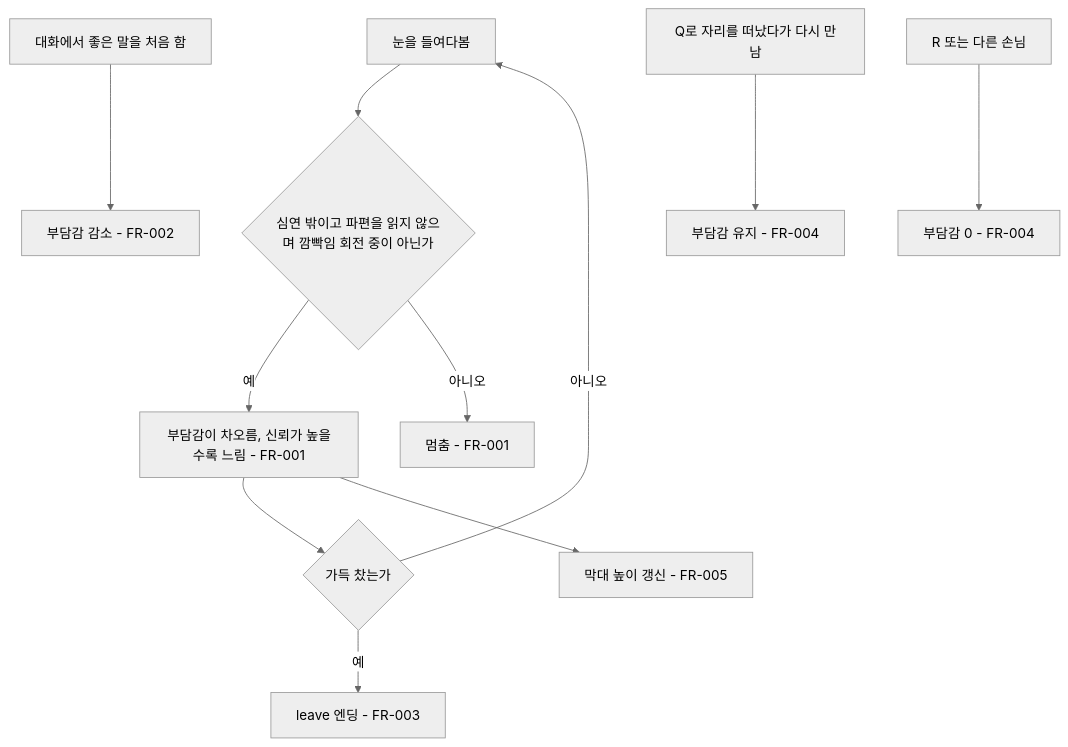
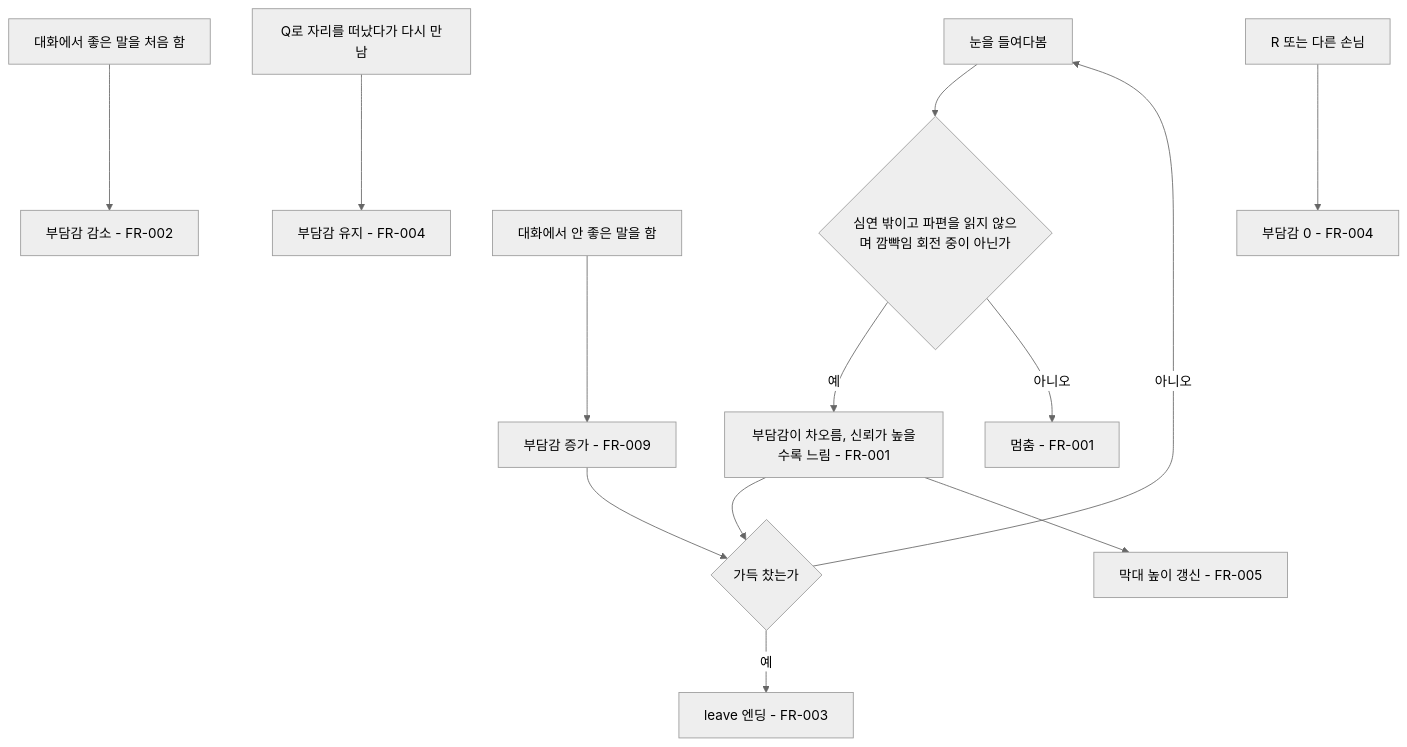
One commit to xpaklove12-lang/Corner1 changed the diagram in docs/specs/005-burden-gauge.md. Above: the diagram before and after it, drawn with Mermaid (neutral theme). The commit also changed other lines of this file and 11 other files, not shown here.

````diff
--- a/docs/specs/005-burden-gauge.md
+++ b/docs/specs/005-burden-gauge.md
@@ -52,13 +53,15 @@
 ```mermaid
 flowchart TD
     A[눈을 들여다봄] --> B{심연 밖이고 파편을 읽지 않으며 깜빡임 회전 중이 아닌가}
     B -- 예 --> C[부담감이 차오름, 신뢰가 높을수록 느림 - FR-001]
     B -- 아니오 --> D[멈춤 - FR-001]
     C --> E{가득 찼는가}
     E -- 예 --> F[leave 엔딩 - FR-003]
     E -- 아니오 --> A
     G[대화에서 좋은 말을 처음 함] --> H[부담감 감소 - FR-002]
+    N[대화에서 안 좋은 말을 함] --> O[부담감 증가 - FR-009]
+    O --> E
     I[Q로 자리를 떠났다가 다시 만남] --> J[부담감 유지 - FR-004]
     K[R 또는 다른 손님] --> L[부담감 0 - FR-004]
     C --> M[막대 높이 갱신 - FR-005]
 ```
````
